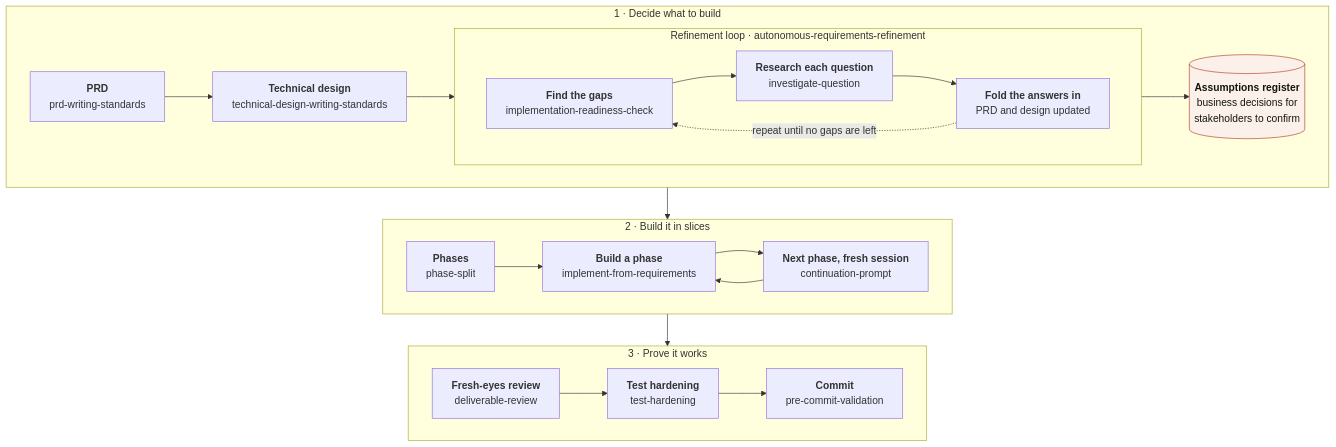
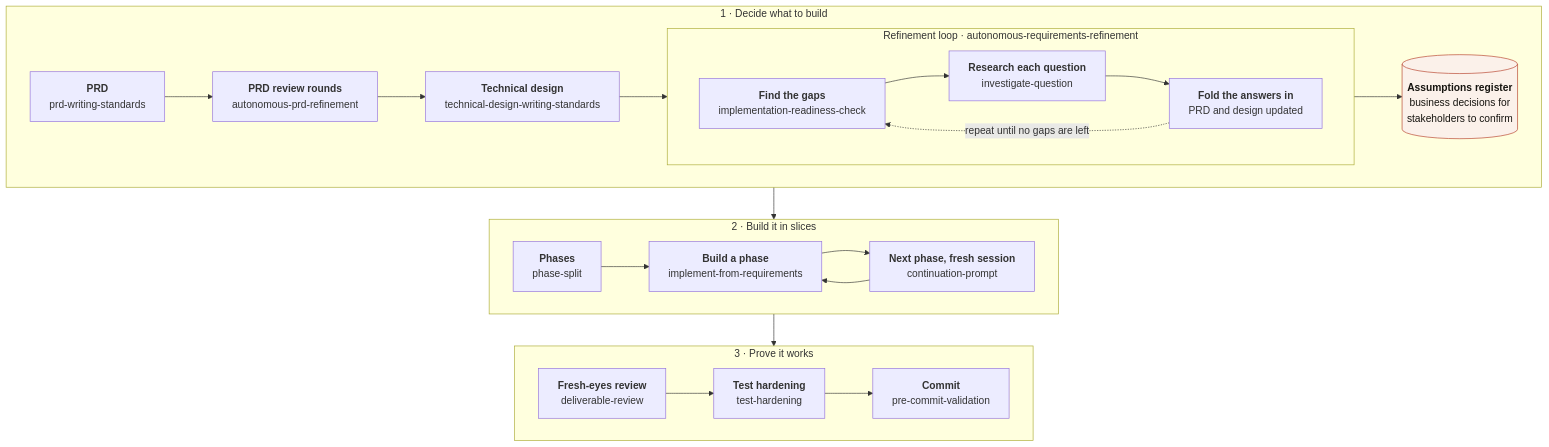
One commit to EnsoDynamics/enso-method changed the diagram in README.md. Above: the diagram before and after it, drawn with Mermaid. The commit also changed other lines of this file and 11 other files, not shown here.

````diff
--- a/README.md
+++ b/README.md
@@ -66,29 +68,30 @@
 ```mermaid
 %%{init: {"flowchart": {"wrappingWidth": 280}}}%%
 flowchart TD
   subgraph decide["1 · Decide what to build"]
     direction LR
-    prd["<b>PRD</b><br/>prd-writing-standards"] --> design["<b>Technical design</b><br/>technical-design-writing-standards"]
+    prd["<b>PRD</b><br/>prd-writing-standards"] --> prdref["<b>PRD review rounds</b><br/>autonomous-prd-refinement"]
+    prdref --> design["<b>Technical design</b><br/>technical-design-writing-standards"]
     subgraph refine["Refinement loop · autonomous-requirements-refinement"]
       direction LR
       gaps["<b>Find the gaps</b><br/>implementation-readiness-check"] --> research["<b>Research each question</b><br/>investigate-question"]
       research --> fold["<b>Fold the answers in</b><br/>PRD and design updated"]
       fold -. "repeat until no gaps are left" .-> gaps
     end
     design --> gaps
     fold --> assumptions[("<b>Assumptions register</b><br/>business decisions for<br/>stakeholders to confirm")]
   end
   subgraph build["2 · Build it in slices"]
     direction LR
     split["<b>Phases</b><br/>phase-split"] --> impl["<b>Build a phase</b><br/>implement-from-requirements"]
     impl --> next["<b>Next phase, fresh session</b><br/>continuation-prompt"]
     next --> impl
   end
   subgraph prove["3 · Prove it works"]
     direction LR
     dr["<b>Fresh-eyes review</b><br/>deliverable-review"] --> th["<b>Test hardening</b><br/>test-hardening"] --> pc["<b>Commit</b><br/>pre-commit-validation"]
   end
   decide --> build --> prove
   classDef doc fill:#fbf1ea,stroke:#b63e28,color:#16140f
   class assumptions doc
 ```
````
